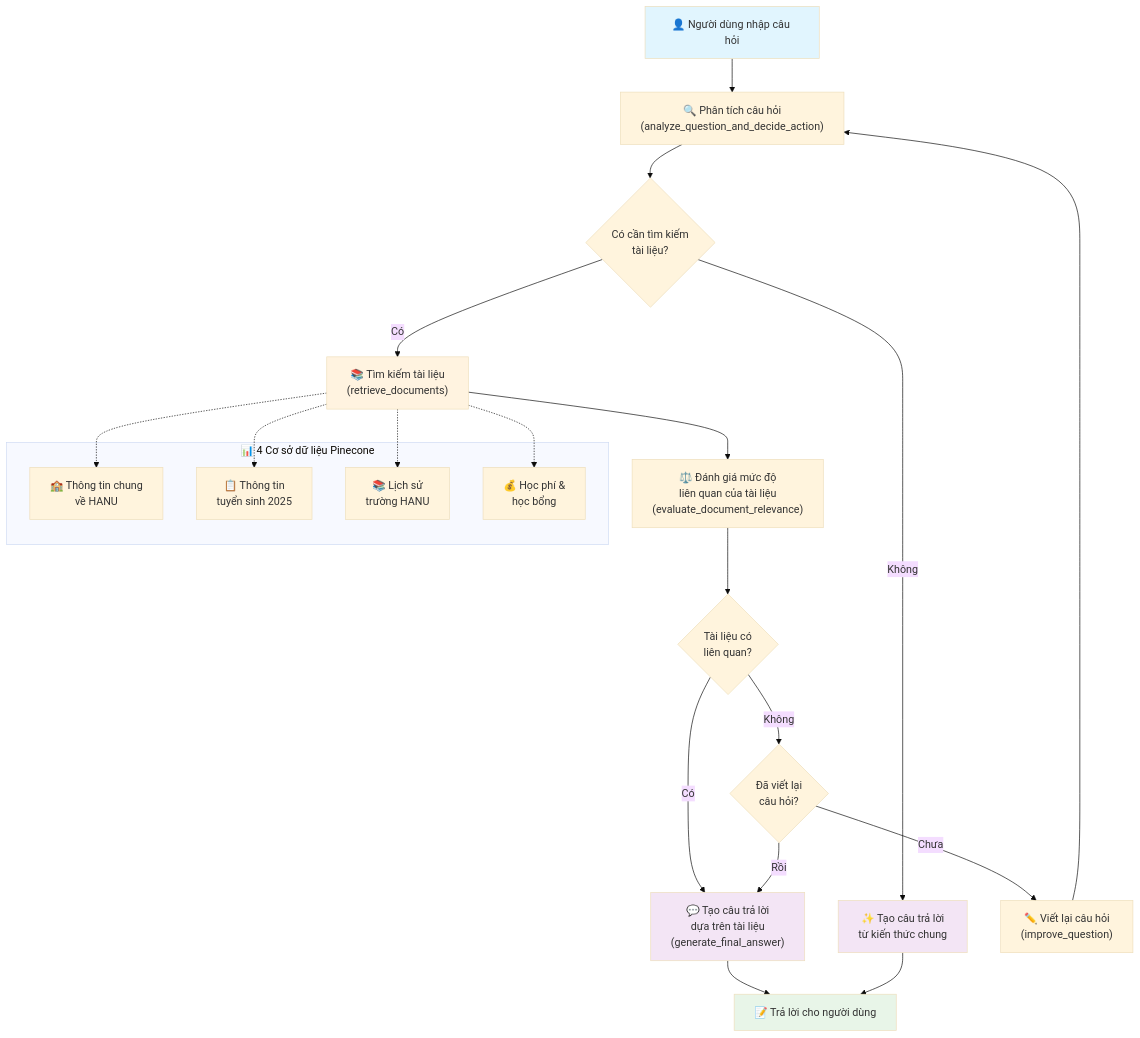
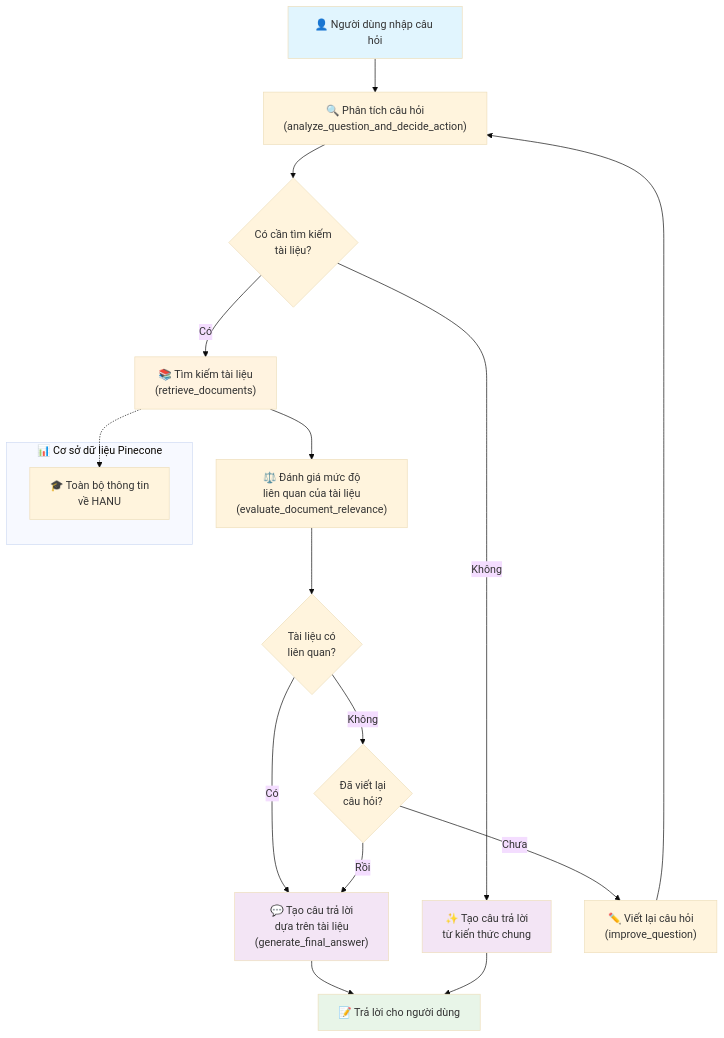
One commit to vinhnt21/TVTS_HANU changed the diagram in README.md. Above: the diagram before and after it, drawn with Mermaid (base theme). The commit also changed other lines of this file and 12 other files, not shown here.

````diff
--- a/README.md
+++ b/README.md
@@ -20,42 +20,36 @@
 ```mermaid
 flowchart TD
     A["👤 Người dùng nhập câu hỏi"] --> B["🔍 Phân tích câu hỏi<br/>(analyze_question_and_decide_action)"]
     
     B --> C{Có cần tìm kiếm<br/>tài liệu?}
     
     C -->|Có| D["📚 Tìm kiếm tài liệu<br/>(retrieve_documents)"]
     C -->|Không| H["✨ Tạo câu trả lời<br/>từ kiến thức chung"]
     
     D --> E["⚖️ Đánh giá mức độ<br/>liên quan của tài liệu<br/>(evaluate_document_relevance)"]
     
     E --> F{Tài liệu có<br/>liên quan?}
     
     F -->|Có| G["💬 Tạo câu trả lời<br/>dựa trên tài liệu<br/>(generate_final_answer)"]
     F -->|Không| I{Đã viết lại<br/>câu hỏi?}
     
     I -->|Chưa| J["✏️ Viết lại câu hỏi<br/>(improve_question)"]
     I -->|Rồi| G
     
     J --> B
     
     G --> K["📝 Trả lời cho người dùng"]
     H --> K
     
-    subgraph "📊 4 Cơ sở dữ liệu Pinecone"
-        L["🏫 Thông tin chung<br/>về HANU"]
-        M["📋 Thông tin<br/>tuyển sinh 2025"]
-        N["📚 Lịch sử<br/>trường HANU"]
-        O["💰 Học phí &<br/>học bổng"]
+    subgraph "📊 Cơ sở dữ liệu Pinecone"
+        L["🎓 Toàn bộ thông tin<br/>về HANU"]
     end
     
     D -.-> L
-    D -.-> M
-    D -.-> N
-    D -.-> O
     
     style A fill:#e1f5fe
     style K fill:#e8f5e8
     style D fill:#fff3e0
     style G fill:#f3e5f5
     style H fill:#f3e5f5
 ```
````
